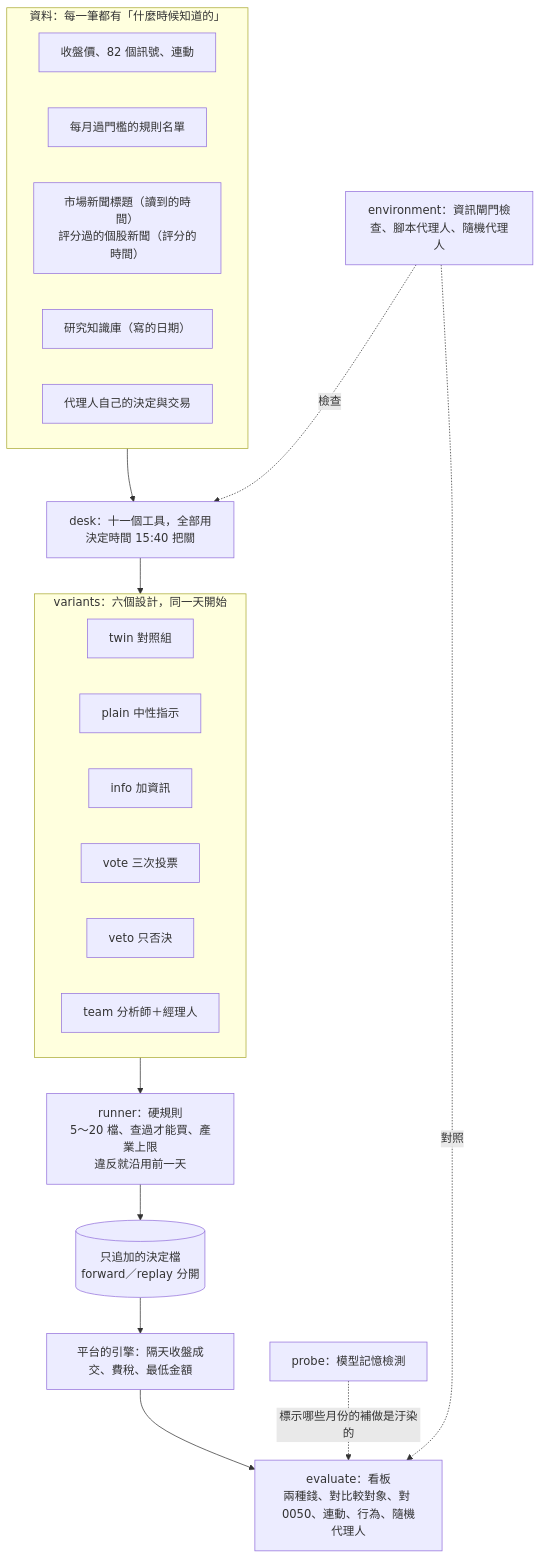
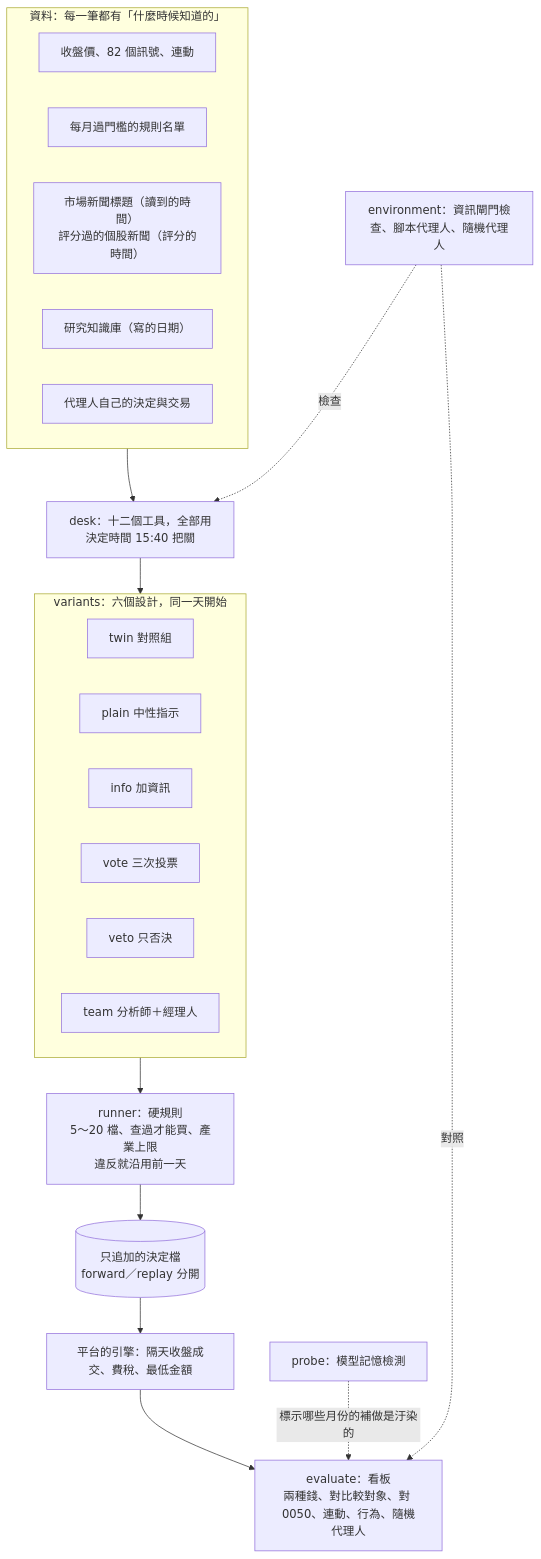
Before and after one commit to ryan73093/StockResearch: the diagram in docs/agent_lab.md, drawn with Mermaid. The commit also changed other lines of this file and 11 other files, not shown here.

````diff
--- a/docs/agent_lab.md
+++ b/docs/agent_lab.md
@@ -32,33 +32,33 @@
 ```mermaid
 flowchart TB
   subgraph 資料[資料：每一筆都有「什麼時候知道的」]
     px[收盤價、82 個訊號、連動]
     lists[每月過門檻的規則名單]
     news[市場新聞標題（讀到的時間）<br/>評分過的個股新聞（評分的時間）]
     kb[研究知識庫（寫的日期）]
     own[代理人自己的決定與交易]
   end
-  desk[desk：十一個工具，全部用決定時間 15:40 把關]
+  desk[desk：十二個工具，全部用決定時間 15:40 把關]
   資料 --> desk
   subgraph 設計[variants：六個設計，同一天開始]
     twin[twin 對照組]
     plain[plain 中性指示]
     info[info 加資訊]
     vote[vote 三次投票]
     veto[veto 只否決]
     team[team 分析師＋經理人]
   end
   desk --> 設計
   rules[runner：硬規則<br/>5～20 檔、查過才能買、產業上限<br/>違反就沿用前一天]
   設計 --> rules
   store[(只追加的決定檔<br/>forward／replay 分開)]
   rules --> store
   engine[平台的引擎：隔天收盤成交、費稅、最低金額]
   store --> engine
   board[evaluate：看板<br/>兩種錢、對比較對象、對 0050、連動、行為、隨機代理人]
   engine --> board
   env[environment：資訊閘門檢查、腳本代理人、隨機代理人]
   env -.檢查.-> desk
   env -.對照.-> board
   probe[probe：模型記憶檢測] -.標示哪些月份的補做是汙染的.-> board
 ```
````
